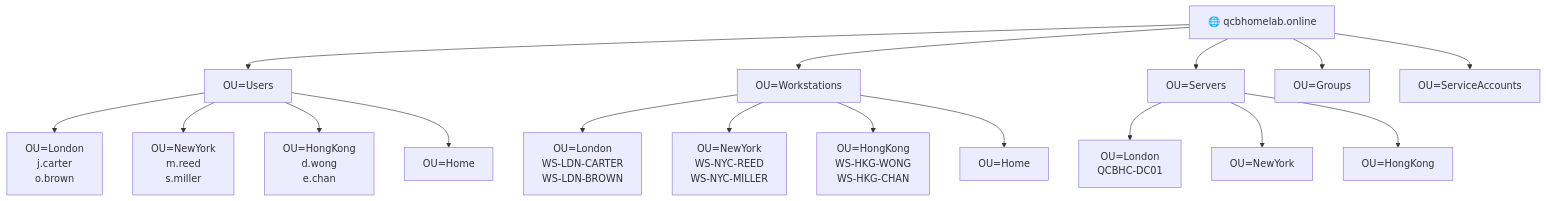
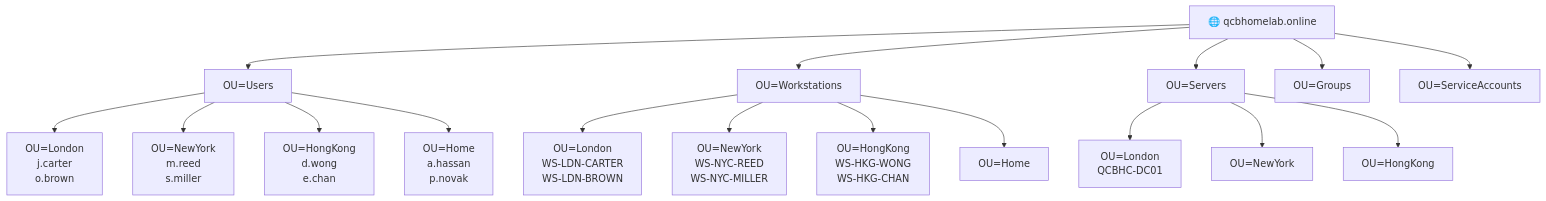
The first of 2 diagrams in m365-hybrid/docs/02-ad-scripts.md (sandtiger76/engineering-portfolio), drawn with Mermaid before and after one commit. The commit also changed other lines of this file and 1 other file, not shown here.

````diff
--- a/m365-hybrid/docs/02-ad-scripts.md
+++ b/m365-hybrid/docs/02-ad-scripts.md
@@ -33,24 +34,24 @@
 ```mermaid
 graph TD
     ROOT["🌐 qcbhomelab.online"]
 
     ROOT --> USERS["OU=Users"]
     ROOT --> WS["OU=Workstations"]
     ROOT --> SRV["OU=Servers"]
     ROOT --> GRP["OU=Groups"]
     ROOT --> SVC["OU=ServiceAccounts"]
 
     USERS --> ULD["OU=London\nj.carter\no.brown"]
     USERS --> UNY["OU=NewYork\nm.reed\ns.miller"]
     USERS --> UHK["OU=HongKong\nd.wong\ne.chan"]
-    USERS --> UHM["OU=Home"]
+    USERS --> UHM["OU=Home\na.hassan\np.novak"]
 
     WS --> WLD["OU=London\nWS-LDN-CARTER\nWS-LDN-BROWN"]
     WS --> WNY["OU=NewYork\nWS-NYC-REED\nWS-NYC-MILLER"]
     WS --> WHK["OU=HongKong\nWS-HKG-WONG\nWS-HKG-CHAN"]
     WS --> WHM["OU=Home"]
 
     SRV --> SLD["OU=London\nQCBHC-DC01"]
     SRV --> SNY["OU=NewYork"]
     SRV --> SHK["OU=HongKong"]
 ```
````
